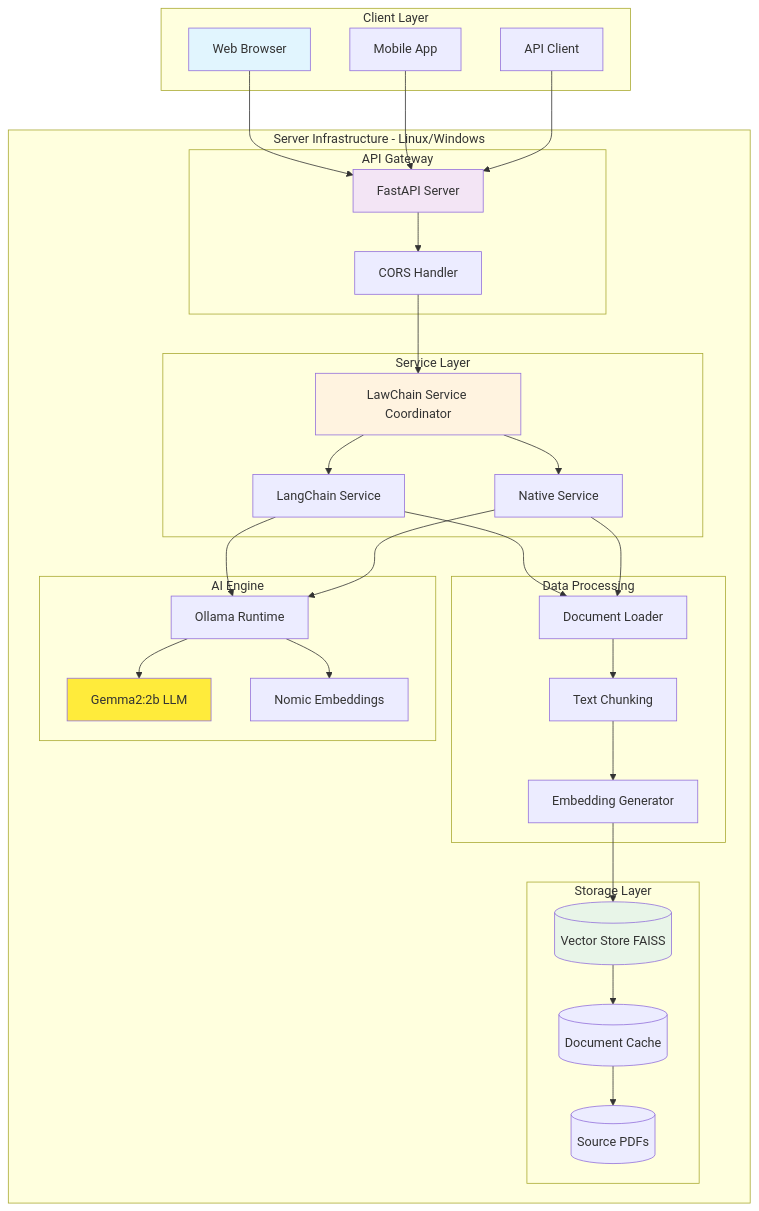
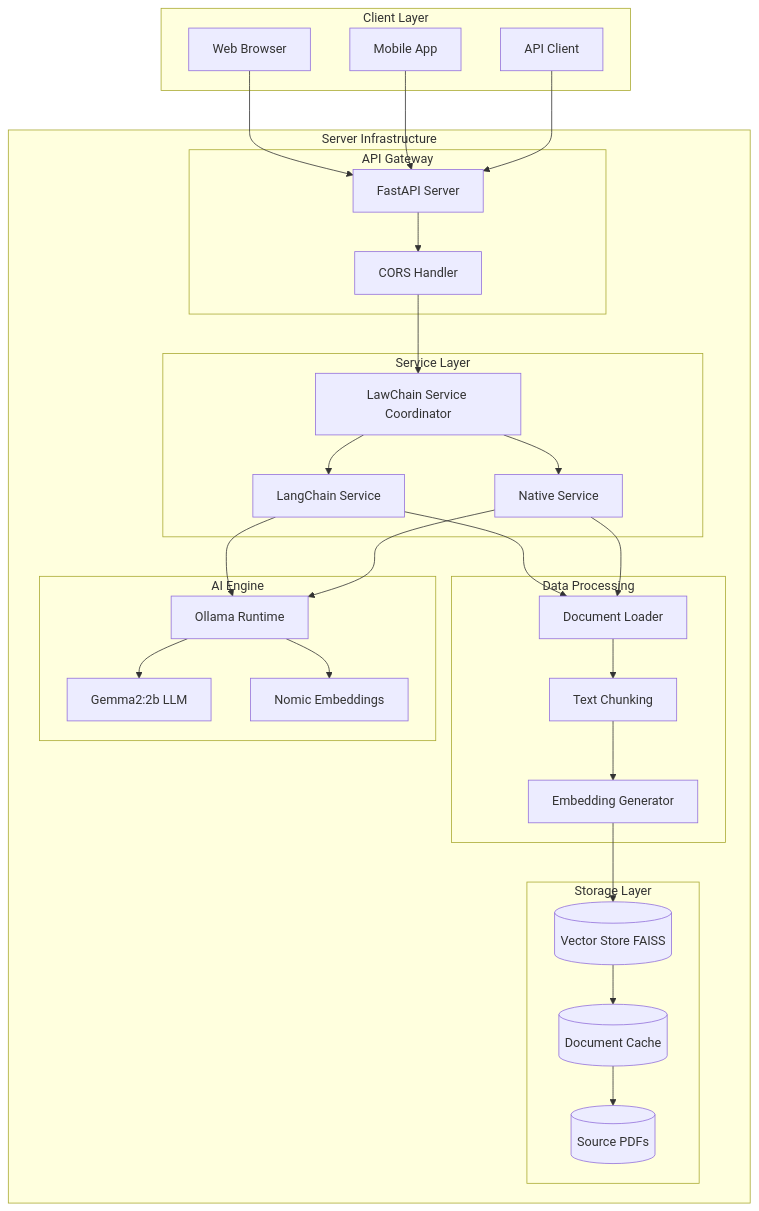
One commit to Hidayattt24/be-lawchain changed the second of 2 diagrams in README.md. Above: the diagram before and after it, drawn with Mermaid. The commit also changed other lines of this file, not shown here.

````diff
--- a/README.md
+++ b/README.md
@@ -214,65 +85,58 @@
 ```mermaid
 graph TB
     subgraph "Client Layer"
         A[Web Browser]
         B[Mobile App]
         C[API Client]
     end
-    
-    subgraph "Server Infrastructure - Linux/Windows"
+
+    subgraph "Server Infrastructure"
         subgraph "API Gateway"
             D[FastAPI Server]
             E[CORS Handler]
         end
-        
+
         subgraph "Service Layer"
             F[LawChain Service Coordinator]
             G[LangChain Service]
             H[Native Service]
         end
-        
+
         subgraph "Data Processing"
             I[Document Loader]
             J[Text Chunking]
             K[Embedding Generator]
         end
-        
+
         subgraph "Storage Layer"
             L[(Vector Store FAISS)]
             M[(Document Cache)]
             N[(Source PDFs)]
         end
-        
+
         subgraph "AI Engine"
             O[Ollama Runtime]
             P[Gemma2:2b LLM]
             Q[Nomic Embeddings]
         end
     end
-    
+
     A --> D
-    B --> D  
+    B --> D
     C --> D
     D --> E
     E --> F
     F --> G
     F --> H
     G --> I
     H --> I
     I --> J
     J --> K
     K --> L
     L --> M
     M --> N
     G --> O
     H --> O
     O --> P
     O --> Q
-    
-    style A fill:#e1f5fe
-    style D fill:#f3e5f5
-    style F fill:#fff3e0
-    style L fill:#e8f5e8
-    style P fill:#ffeb3b
-    
 ```
````
